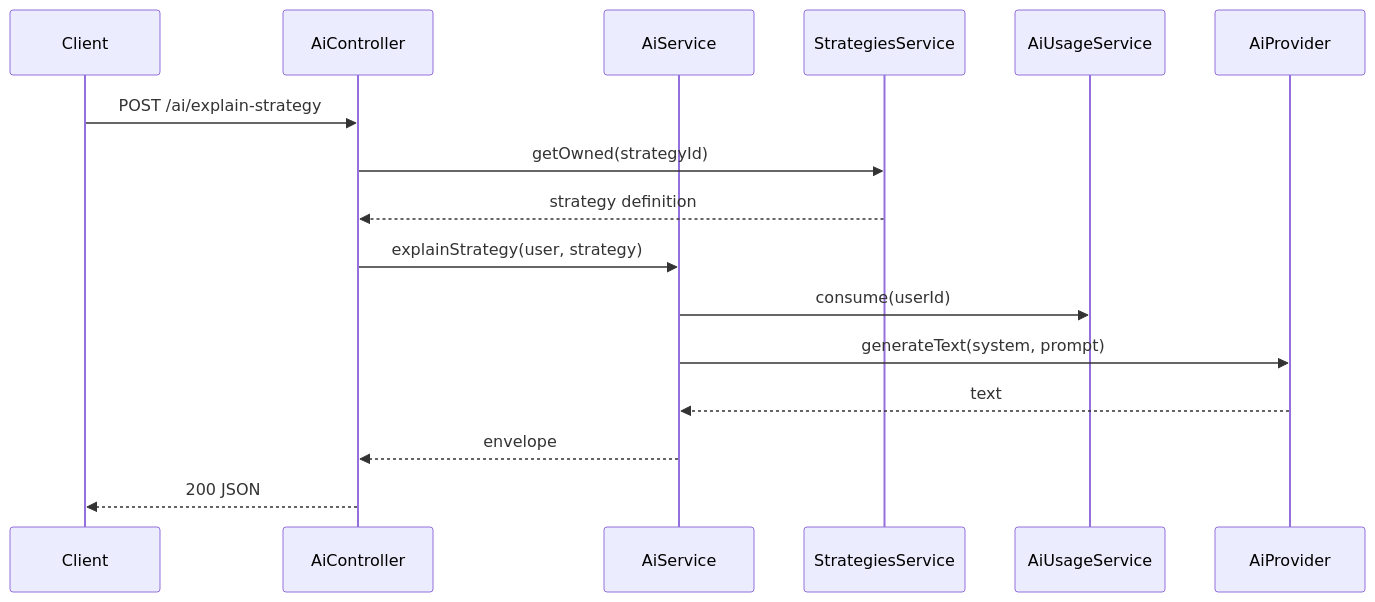
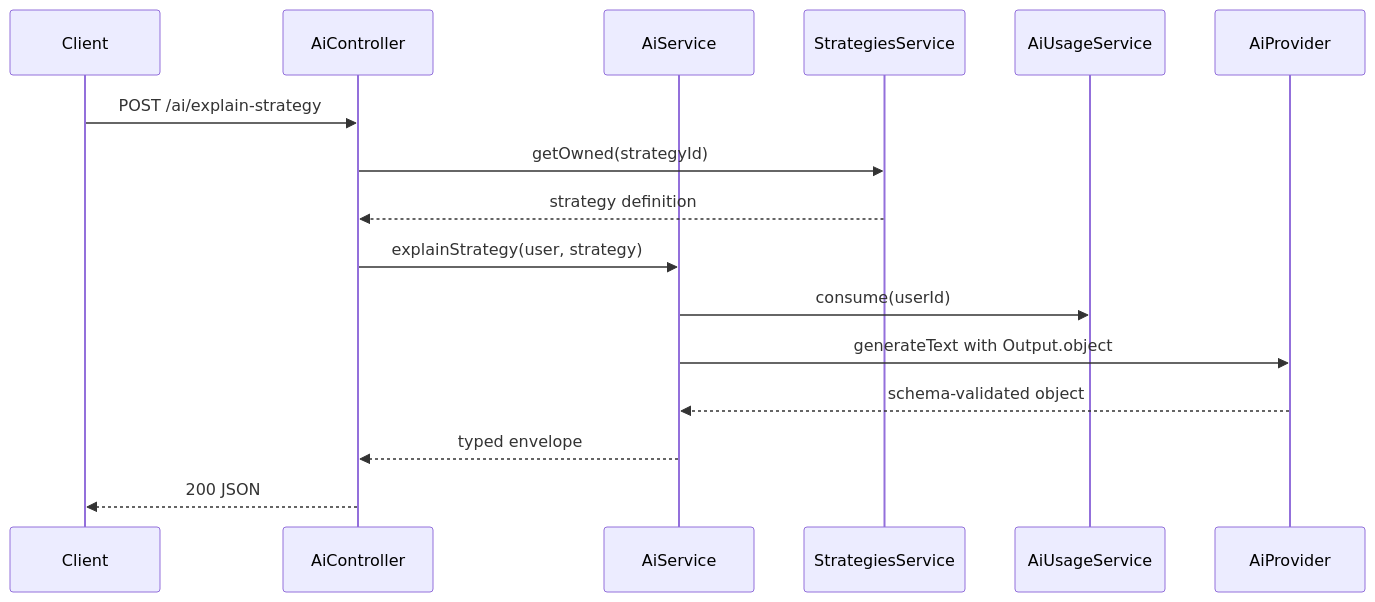
One commit to JustinPaoletta/BitStockerz changed the diagram in docs/plans/sprint-6-2-strategy-intelligence.md. Above: the diagram before and after it, drawn with Mermaid. The commit also changed other lines of this file and 232 other files, not shown here.

````diff
--- a/docs/plans/sprint-6-2-strategy-intelligence.md
+++ b/docs/plans/sprint-6-2-strategy-intelligence.md
@@ -131,19 +149,19 @@
 ```mermaid
 sequenceDiagram
   participant U as Client
   participant C as AiController
   participant A as AiService
   participant S as StrategiesService
   participant L as AiUsageService
   participant P as AiProvider
 
   U->>C: POST /ai/explain-strategy
   C->>S: getOwned(strategyId)
   S-->>C: strategy definition
   C->>A: explainStrategy(user, strategy)
   A->>L: consume(userId)
-  A->>P: generateText(system, prompt)
-  P-->>A: text
-  A-->>C: envelope
+  A->>P: generateText with Output.object
+  P-->>A: schema-validated object
+  A-->>C: typed envelope
   C-->>U: 200 JSON
 ```
````
